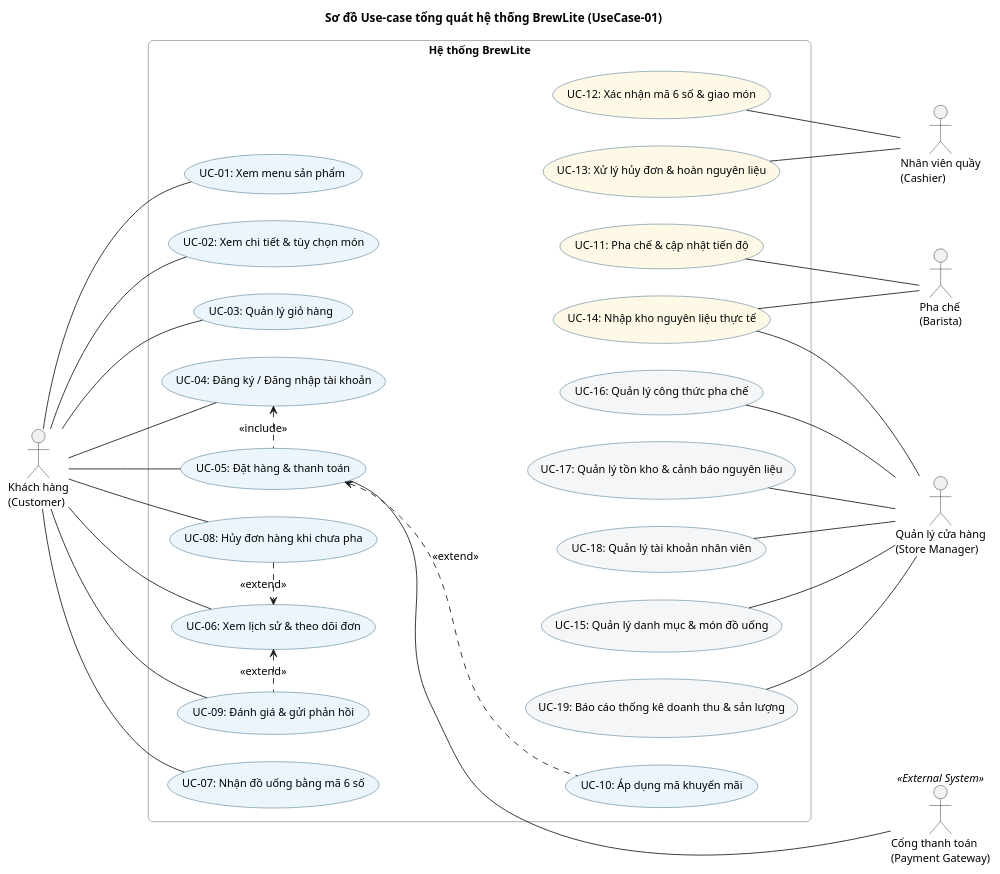
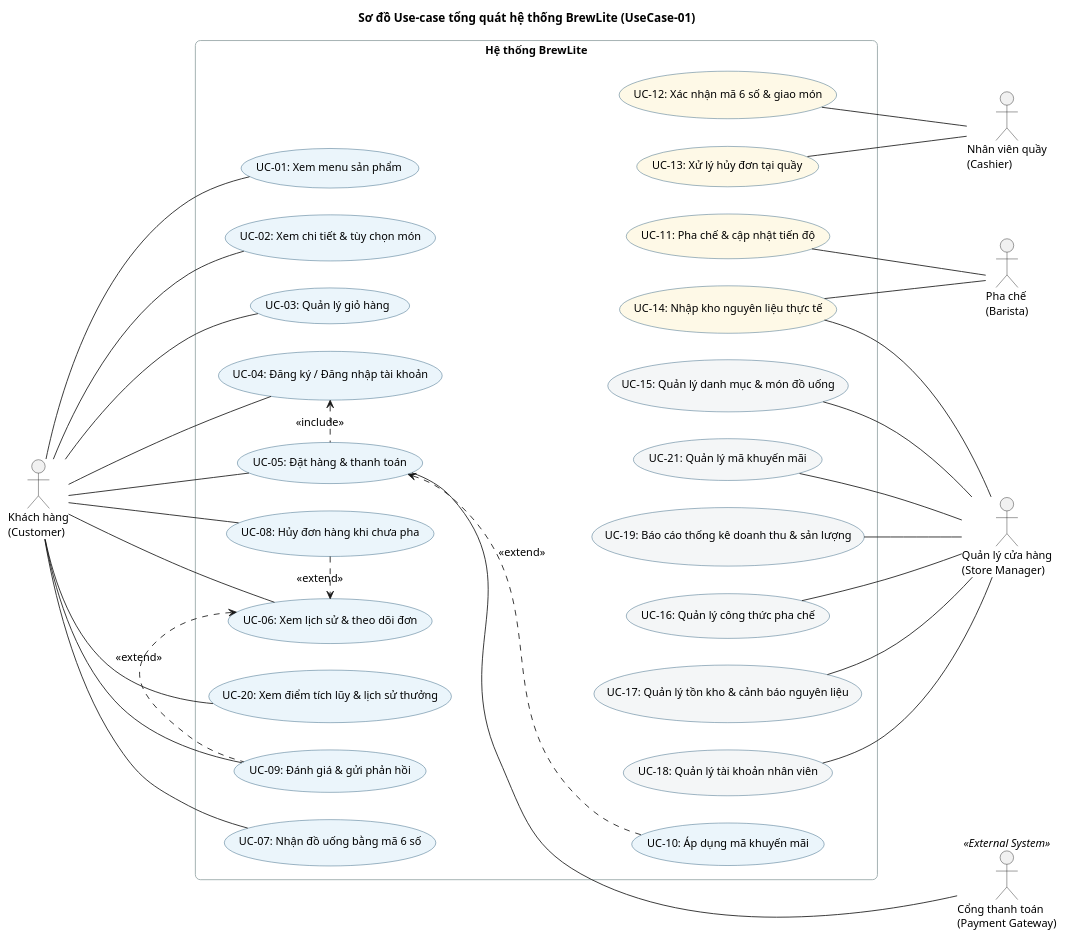
Before and after one commit to Longcodepro/Project_SE_Assignment02_HK1_2026_2027: the diagram in docs/diagrams/usecase-overview.puml, drawn with PlantUML. The commit also changed 2 other files, not shown here.

Commit message:
docs(diagrams): cap nhat hoan thien so do usecase 21 UC va so do activity end-to-end

```diff
--- a/docs/diagrams/usecase-overview.puml
+++ b/docs/diagrams/usecase-overview.puml
@@ -1,106 +1,122 @@
 @startuml
 ' ==============================================================================
 ' Diagram: Sơ đồ Use-case tổng quát hệ thống BrewLite
 ' Code: UseCase-01
-' References: FR-01..14, NFR-01..05, Issue #37 [D1.2d]
-' Tài liệu đối chiếu: docs/requirements/context-and-scope.md (Mục 2 & 3)
+' References: FR-01..21, NFR-01..04, Issue #37 [D1.2d]
+' Tài liệu đối chiếu: cac-chuc-nang-thong-nhat.md, docs/requirements/context-and-scope.md
 ' Đặt hàng và thanh toán gộp một use case (một bước checkout): UC-05.
 ' Bố cục: khách hàng bên trái; cột 1 = use case của khách hàng, cột 2 = vận hành & quản trị,
 '         không chia khung con; nhân viên, quản lý và cổng thanh toán ở ngoài cùng bên phải.
 ' Màu: xanh = khách hàng & đặt hàng, vàng = vận hành cửa hàng, xám = quản trị.
+' Số lượng use case: 21 (UC-01 đến UC-21), chuẩn hóa theo Single Source of Truth.
 ' ==============================================================================
 title Sơ đồ Use-case tổng quát hệ thống BrewLite (UseCase-01)
 
 left to right direction
 skinparam shadowing false
 skinparam roundcorner 12
 skinparam nodesep 32
 skinparam ranksep 110
 skinparam defaultFontSize 13
 skinparam usecase {
   BorderColor #1B4F72
   BackgroundColor #EBF5FB
 }
 skinparam rectangle {
   BorderColor #95A5A6
   BackgroundColor #FFFFFF
   FontStyle bold
 }
 
 actor "Khách hàng\n(Customer)" as Customer
 actor "Cổng thanh toán\n(Payment Gateway)" as PaymentGateway <<External System>>
 actor "Nhân viên quầy\n(Cashier)" as Cashier
 actor "Pha chế\n(Barista)" as Barista
 actor "Quản lý cửa hàng\n(Store Manager)" as Manager
 
 rectangle "Hệ thống BrewLite" {
+  ' --- Cột 1: Nhóm Khách hàng & Đặt hàng (Màu xanh #EBF5FB) ---
   usecase "UC-01: Xem menu sản phẩm" as UC01
   usecase "UC-02: Xem chi tiết & tùy chọn món" as UC02
   usecase "UC-03: Quản lý giỏ hàng" as UC03
   usecase "UC-04: Đăng ký / Đăng nhập tài khoản" as UC04
   usecase "UC-05: Đặt hàng & thanh toán" as UC05
   usecase "UC-08: Hủy đơn hàng khi chưa pha" as UC08
   usecase "UC-06: Xem lịch sử & theo dõi đơn" as UC06
+  usecase "UC-20: Xem điểm tích lũy & lịch sử thưởng" as UC20
   usecase "UC-09: Đánh giá & gửi phản hồi" as UC09
   usecase "UC-07: Nhận đồ uống bằng mã 6 số" as UC07
   usecase "UC-10: Áp dụng mã khuyến mãi" as UC10
 
+  ' --- Cột 2a: Nhóm Vận hành cửa hàng (Màu vàng #FEF9E7) ---
   usecase "UC-12: Xác nhận mã 6 số & giao món" as UC12 #FEF9E7
-  usecase "UC-13: Xử lý hủy đơn & hoàn nguyên liệu" as UC13 #FEF9E7
+  usecase "UC-13: Xử lý hủy đơn tại quầy" as UC13 #FEF9E7
   usecase "UC-11: Pha chế & cập nhật tiến độ" as UC11 #FEF9E7
   usecase "UC-14: Nhập kho nguyên liệu thực tế" as UC14 #FEF9E7
+
+  ' --- Cột 2b: Nhóm Quản trị cửa hàng (Màu xám #F4F6F7) ---
   usecase "UC-15: Quản lý danh mục & món đồ uống" as UC15 #F4F6F7
   usecase "UC-16: Quản lý công thức pha chế" as UC16 #F4F6F7
   usecase "UC-17: Quản lý tồn kho & cảnh báo nguyên liệu" as UC17 #F4F6F7
   usecase "UC-18: Quản lý tài khoản nhân viên" as UC18 #F4F6F7
+  usecase "UC-21: Quản lý mã khuyến mãi" as UC21 #F4F6F7
   usecase "UC-19: Báo cáo thống kê doanh thu & sản lượng" as UC19 #F4F6F7
 }
 
-' --- thứ tự cột (liên kết ẩn, chỉ để sắp xếp) ---
+' --- Thứ tự sắp xếp các cột (liên kết ẩn để bố cục cân đối) ---
 UC01 -[hidden]right- UC02
 UC02 -[hidden]right- UC03
 UC03 -[hidden]right- UC04
 UC04 -[hidden]right- UC05
 UC05 -[hidden]right- UC08
 UC08 -[hidden]right- UC06
-UC06 -[hidden]right- UC09
+UC06 -[hidden]right- UC20
+UC20 -[hidden]right- UC09
 UC09 -[hidden]right- UC07
+
 UC10 -[hidden]left- UC12
 UC12 -[hidden]left- UC13
 UC13 -[hidden]left- UC11
 UC11 -[hidden]left- UC14
 UC14 -[hidden]left- UC15
 UC15 -[hidden]left- UC16
 UC16 -[hidden]left- UC17
 UC17 -[hidden]left- UC18
-UC18 -[hidden]left- UC19
+UC18 -[hidden]left- UC21
+UC21 -[hidden]left- UC19
 UC10 -[hidden]- PaymentGateway
 
-' --- tác nhân - use case (association) ---
+' --- Tác nhân - Use Case (Association) ---
 Customer -- UC01
 Customer -- UC02
 Customer -- UC03
 Customer -- UC04
 Customer -- UC05
 Customer -- UC06
+Customer -- UC20
 Customer -- UC07
 Customer -- UC08
 Customer -- UC09
+
 UC05 -- PaymentGateway
+
 UC12 -- Cashier
 UC13 -- Cashier
+
 UC11 -- Barista
 UC14 -- Barista
+
 UC14 -- Manager
 UC15 -- Manager
 UC16 -- Manager
 UC17 -- Manager
 UC18 -- Manager
+UC21 -- Manager
 UC19 -- Manager
 
-' --- include / extend ---
+' --- Quan hệ include / extend ---
 UC05 .left.> UC04 : <<include>>
 UC05 <.. UC10 : <<extend>>
 UC08 .right.> UC06 : <<extend>>
 UC09 .left.> UC06 : <<extend>>
 @enduml
```
